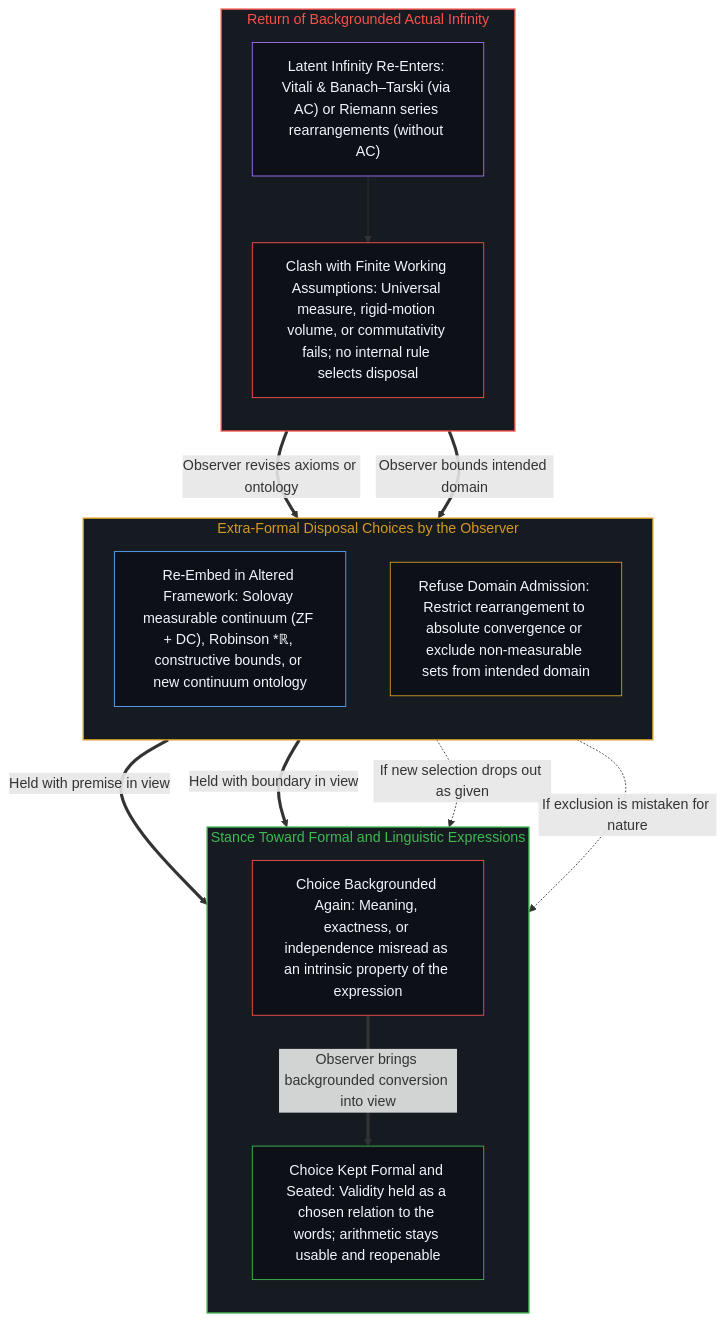
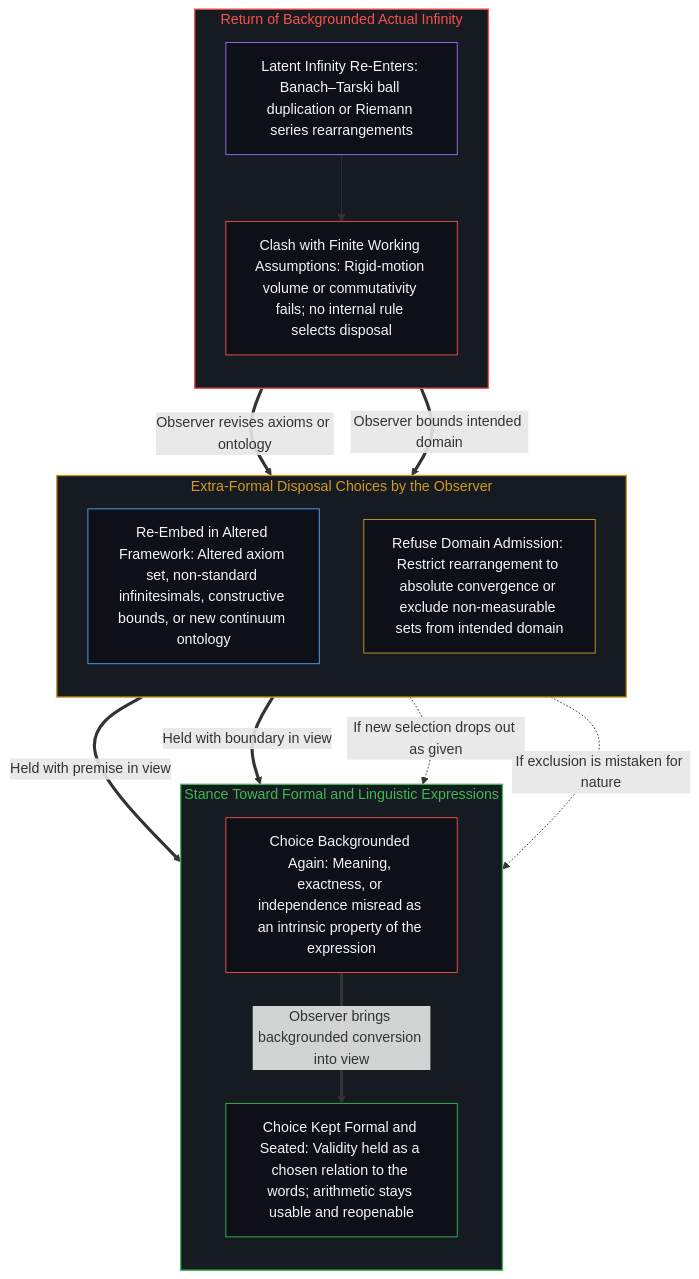
Before and after one commit to powerpig99/not-a-toe: the fourth of 4 diagrams in content/posts/the-built-in-infinity-of-integers-and-the-backgrounded-choice.md, drawn with Mermaid. The commit also changed other lines of this file and 24 other files, not shown here.

````diff
--- a/content/posts/the-built-in-infinity-of-integers-and-the-backgrounded-choice.md
+++ b/content/posts/the-built-in-infinity-of-integers-and-the-backgrounded-choice.md
@@ -141,35 +141,35 @@
 ```mermaid
 flowchart TD
     subgraph S_Clash["Return of Backgrounded Actual Infinity"]
         direction TB
-        Return["Latent Infinity Re-Enters: Vitali & Banach–Tarski (via AC) or Riemann series rearrangements (without AC)"]
-        Conflict["Clash with Finite Working Assumptions: Universal measure, rigid-motion volume, or commutativity fails; no internal rule selects disposal"]
+        Return["Latent Infinity Re-Enters: Banach–Tarski ball duplication or Riemann series rearrangements"]
+        Conflict["Clash with Finite Working Assumptions: Rigid-motion volume or commutativity fails; no internal rule selects disposal"]
         Return --> Conflict
     end
     subgraph S_Disp["Extra-Formal Disposal Choices by the Observer"]
         direction TB
-        ReEmbed["Re-Embed in Altered Framework: Solovay measurable continuum (ZF + DC), Robinson *ℝ, constructive bounds, or new continuum ontology"]
+        ReEmbed["Re-Embed in Altered Framework: Altered axiom set, non-standard infinitesimals, constructive bounds, or new continuum ontology"]
         Refuse["Refuse Domain Admission: Restrict rearrangement to absolute convergence or exclude non-measurable sets from intended domain"]
     end
     subgraph S_Hold["Stance Toward Formal and Linguistic Expressions"]
         direction TB
         BgChoice["Choice Backgrounded Again: Meaning, exactness, or independence misread as an intrinsic property of the expression"]
         Seated["Choice Kept Formal and Seated: Validity held as a chosen relation to the words; arithmetic stays usable and reopenable"]
     end
     Conflict ==>|"Observer revises axioms or ontology"| ReEmbed
     Conflict ==>|"Observer bounds intended domain"| Refuse
     ReEmbed ==>|"Held with premise in view"| Seated
     Refuse ==>|"Held with boundary in view"| Seated
     ReEmbed -.->|"If new selection drops out as given"| BgChoice
     Refuse -.->|"If exclusion is mistaken for nature"| BgChoice
     BgChoice ==>|"Observer brings backgrounded conversion into view"| Seated
     style S_Clash fill:#161b22,stroke:#f85149,stroke-width:1.5px,color:#f85149
     style S_Disp fill:#161b22,stroke:#d29922,stroke-width:1.5px,color:#d29922
     style S_Hold fill:#161b22,stroke:#3fb950,stroke-width:1.5px,color:#3fb950
     style Return fill:#0d1117,stroke:#a371f7,stroke-width:1px,color:#f0f6fc
     style Conflict fill:#0d1117,stroke:#f85149,stroke-width:1px,color:#f0f6fc
     style ReEmbed fill:#0d1117,stroke:#58a6ff,stroke-width:1px,color:#f0f6fc
     style Refuse fill:#0d1117,stroke:#d29922,stroke-width:1px,color:#f0f6fc
     style BgChoice fill:#0d1117,stroke:#f85149,stroke-width:1px,color:#f0f6fc
     style Seated fill:#0d1117,stroke:#3fb950,stroke-width:1px,color:#f0f6fc
 ```
````
